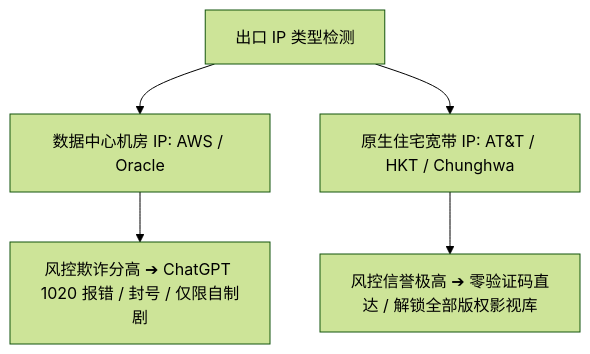
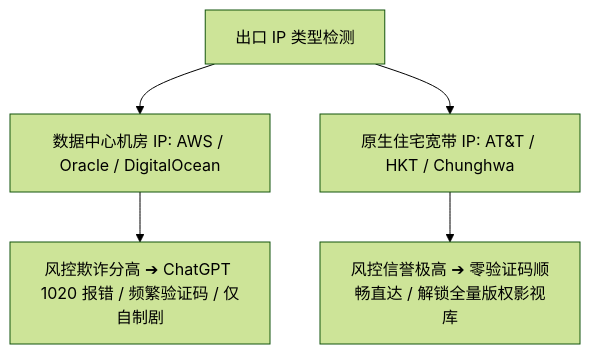
The diagram in src/content/glossary/native-ip.md (qweqwe98698-tech/jichangshouce.co), drawn with Mermaid (forest theme) before and after one commit. The commit also changed other lines of this file and 20 other files, not shown here.

````diff
--- a/src/content/glossary/native-ip.md
+++ b/src/content/glossary/native-ip.md
@@ -14,8 +14,8 @@
 ```mermaid
 graph TD
-    IP[出口 IP 类型检测] --> Type1[数据中心机房 IP: AWS / Oracle]
+    IP[出口 IP 类型检测] --> Type1[数据中心机房 IP: AWS / Oracle / DigitalOcean]
     IP --> Type2[原生住宅宽带 IP: AT&T / HKT / Chunghwa]
     
-    Type1 --> RiskHigh[风控欺诈分高 ➔ ChatGPT 1020 报错 / 封号 / 仅限自制剧]
-    Type2 --> RiskLow[风控信誉极高 ➔ 零验证码直达 / 解锁全部版权影视库]
+    Type1 --> RiskHigh[风控欺诈分高 ➔ ChatGPT 1020 报错 / 频繁验证码 / 仅自制剧]
+    Type2 --> RiskLow[风控信誉极高 ➔ 零验证码顺畅直达 / 解锁全量版权影视库]
 ```
````
